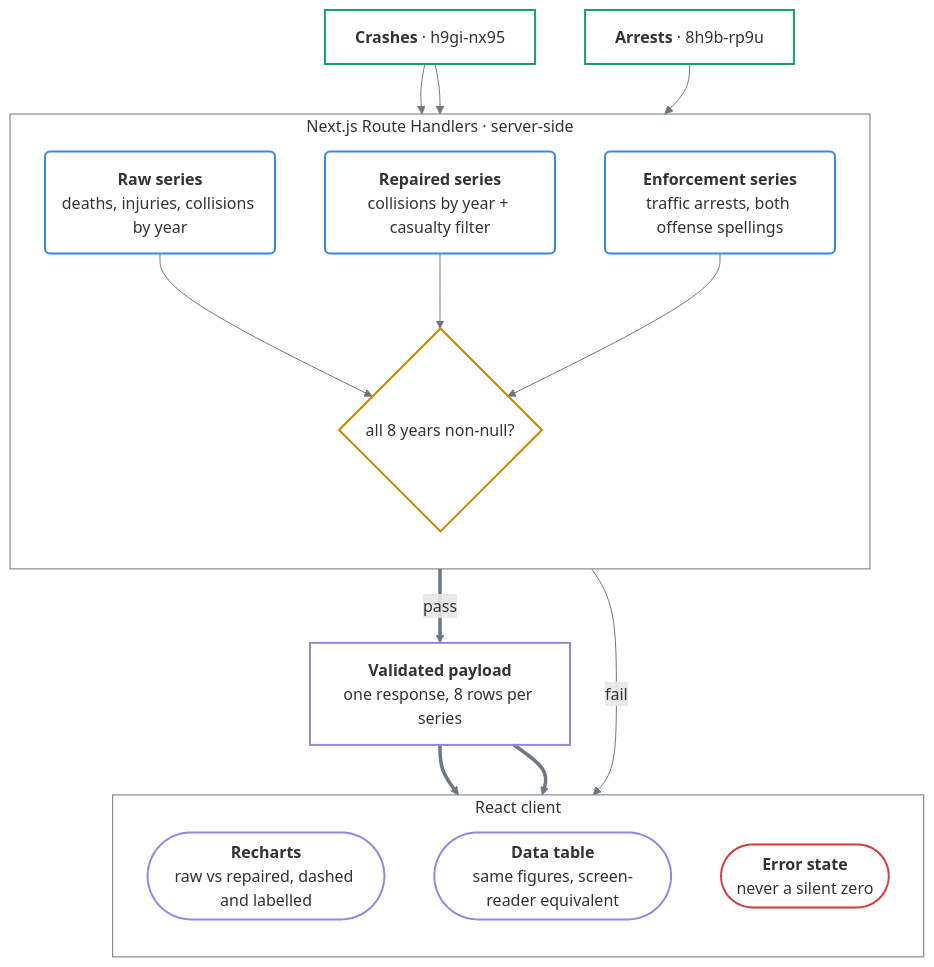
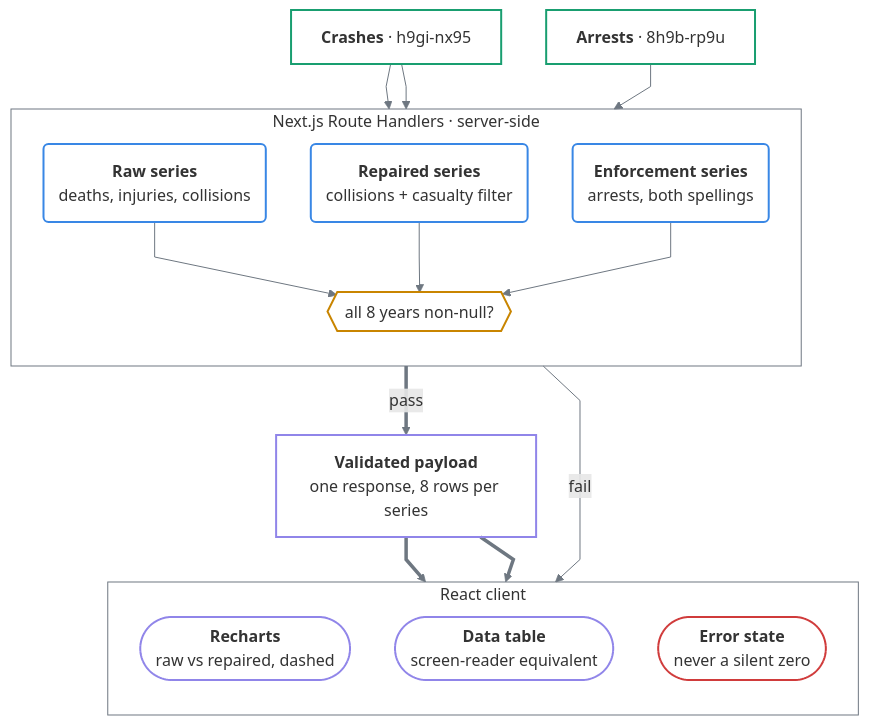
The diagram in README.md (rhaeyyan/pursuit-mvcc-data-integrity), drawn with Mermaid before and after one commit. The commit also changed 1 other file, not shown here.

Commit message:
docs: straighten diagram edge routing, swap diamond for hexagon
The swooping arrows were mermaid's default basis curve rather than a layout
accident: a three-into-one fan-in rendered as beziers reads as spaghetti at
any spacing. Set curve: "linear" through an init directive and tightened
nodeSpacing and rankSpacing so the diagonals have less distance to cover.

Replaced the decision diamond with a hexagon. Mermaid sizes a diamond around
its text's inscribed rectangle, so it inflates faster than any other shape —
which is why it still dominated the server region after the label was already
cut to one line — and its slanted faces are what made the three incoming
edges land at odd angles. The decision reading survives the swap because the
shape was never carrying it: the pass and fail edge labels and the node's own
question mark do that.

Also trimmed the three query labels. Narrower nodes sit closer together, and
a fan-in looks messy in proportion to how far it travels sideways.

````diff
--- a/README.md
+++ b/README.md
@@ -54,58 +54,59 @@
 ```mermaid
+%%{init: {"flowchart": {"curve": "linear", "nodeSpacing": 45, "rankSpacing": 45}}}%%
 flowchart TD
     classDef source stroke:#199e70,stroke-width:2px,fill:none;
     classDef service stroke:#3987e5,stroke-width:2px,fill:none;
     classDef gate stroke:#c98500,stroke-width:2px,fill:none;
     classDef output stroke:#9085e9,stroke-width:2px,fill:none;
     classDef failure stroke:#d03b3b,stroke-width:2px,fill:none;
 
     Crashes["`**Crashes** · h9gi-nx95`"]
     Arrests["`**Arrests** · 8h9b-rp9u`"]
 
     subgraph Server ["Next.js Route Handlers · server-side"]
         direction TB
         QRaw("`**Raw series**
-deaths, injuries, collisions by year`")
+deaths, injuries, collisions`")
         QRepaired("`**Repaired series**
-collisions by year + casualty filter`")
+collisions + casualty filter`")
         QArrests("`**Enforcement series**
-traffic arrests, both offense spellings`")
-        Gate{"all 8 years non-null?"}
+arrests, both spellings`")
+        Gate{{"all 8 years non-null?"}}
     end
 
     Payload["`**Validated payload**
 one response, 8 rows per series`"]
 
     subgraph Client ["React client"]
         direction TB
         Chart(["`**Recharts**
-raw vs repaired, dashed and labelled`"])
+raw vs repaired, dashed`"])
         Table(["`**Data table**
-same figures, screen-reader equivalent`"])
+screen-reader equivalent`"])
         Failure(["`**Error state**
 never a silent zero`"])
     end
 
     Crashes --> QRaw
     Crashes --> QRepaired
     Arrests --> QArrests
 
     QRaw --> Gate
     QRepaired --> Gate
     QArrests --> Gate
 
     Gate ==>|pass| Payload
     Gate -->|fail| Failure
     Payload ==> Chart
     Payload ==> Table
 
     linkStyle default stroke:#6e7781
     style Server fill:none,stroke:#6e7781
     style Client fill:none,stroke:#6e7781
 
     class Crashes,Arrests source;
     class QRaw,QRepaired,QArrests service;
     class Gate gate;
     class Payload,Chart,Table output;
     class Failure failure;
 ```
````
